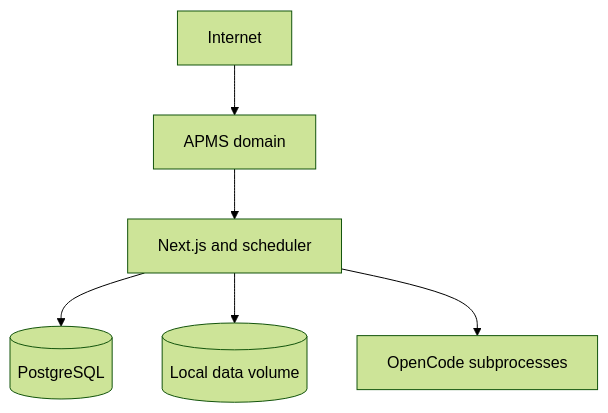
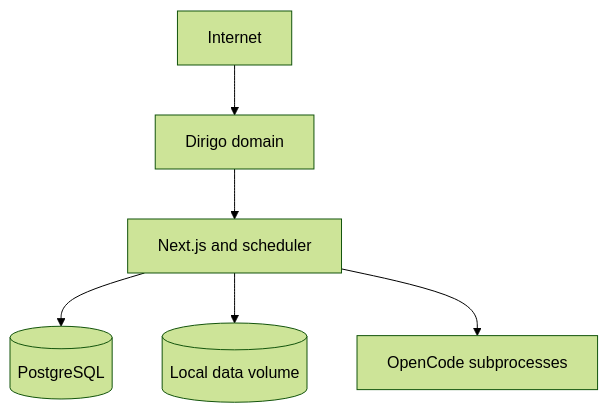
Before and after one commit to lisyoen/apms: the third of 5 diagrams in docs/ARCHITECTURE.md, drawn with Mermaid (forest theme). The commit also changed other lines of this file and 31 other files, not shown here.

Commit message:
feat: rename APMS to Dirigo in README, package and UI (#3)

````diff
--- a/docs/ARCHITECTURE.md
+++ b/docs/ARCHITECTURE.md
@@ -188,8 +190,8 @@
 ```mermaid
 flowchart TB
-  I[Internet] --> D[APMS domain]
+  I[Internet] --> D[Dirigo domain]
   D --> APP[Next.js and scheduler]
   APP --> PG[(PostgreSQL)]
   APP --> VOL[(Local data volume)]
   APP --> PROC[OpenCode subprocesses]
 ```
````
